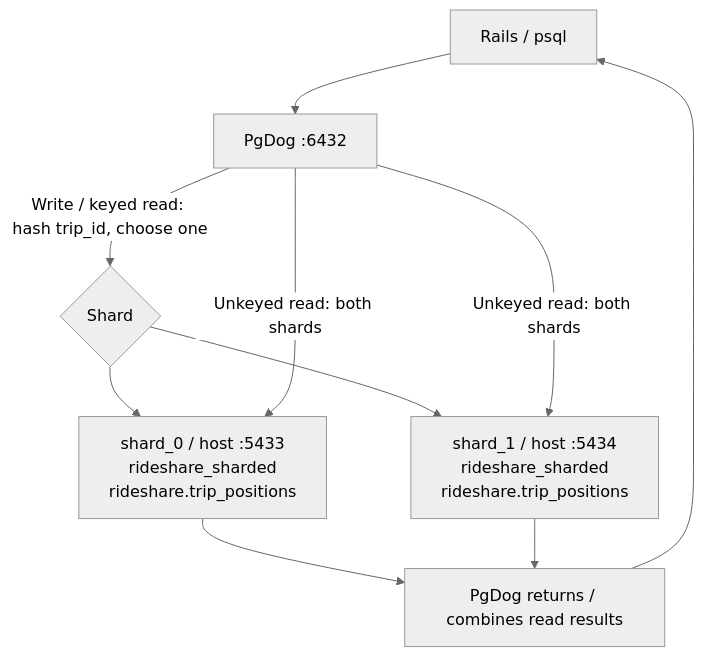
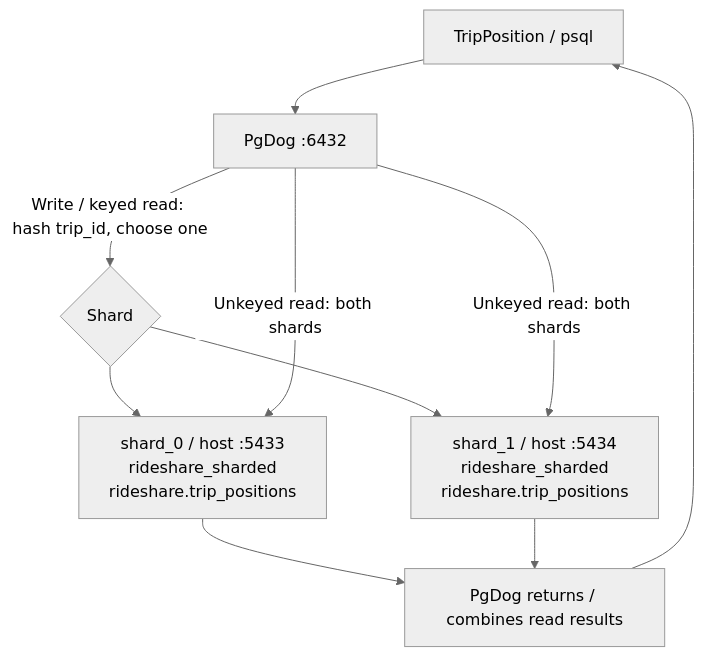
One commit to andyatkinson/rideshare changed the diagram in db/sharding/README.md. Above: the diagram before and after it, drawn with Mermaid (neutral theme). The commit also changed other lines of this file and 13 other files, not shown here.

Commit message:
Route TripPosition through configured PgDog read and write roles

````diff
--- a/db/sharding/README.md
+++ b/db/sharding/README.md
@@ -12,12 +12,12 @@
 ```mermaid
 flowchart TD
-    Client["Rails / psql"] --> PgDog["PgDog :6432"]
+    Client["TripPosition / psql"] --> PgDog["PgDog :6432"]
     PgDog -->|"Write / keyed read: hash trip_id, choose one"| Route{"Shard"}
     Route --> S0["shard_0 / host :5433<br/>rideshare_sharded<br/>rideshare.trip_positions"]
     Route --> S1["shard_1 / host :5434<br/>rideshare_sharded<br/>rideshare.trip_positions"]
     PgDog -->|"Unkeyed read: both shards"| S0
     PgDog -->|"Unkeyed read: both shards"| S1
     S0 --> Results["PgDog returns / combines read results"]
     S1 --> Results
     Results --> Client
 ```
````
